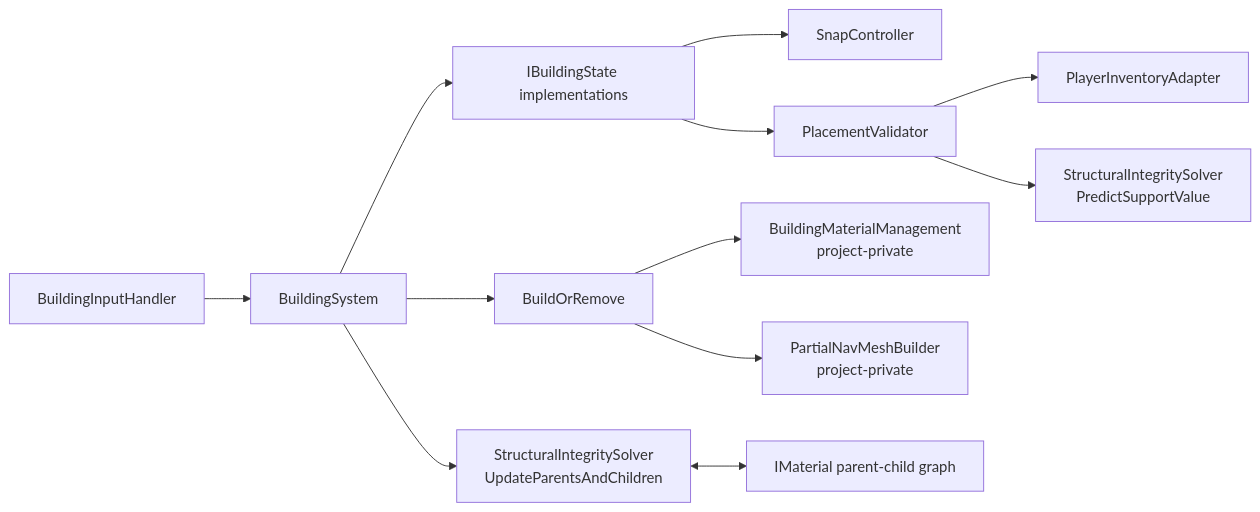
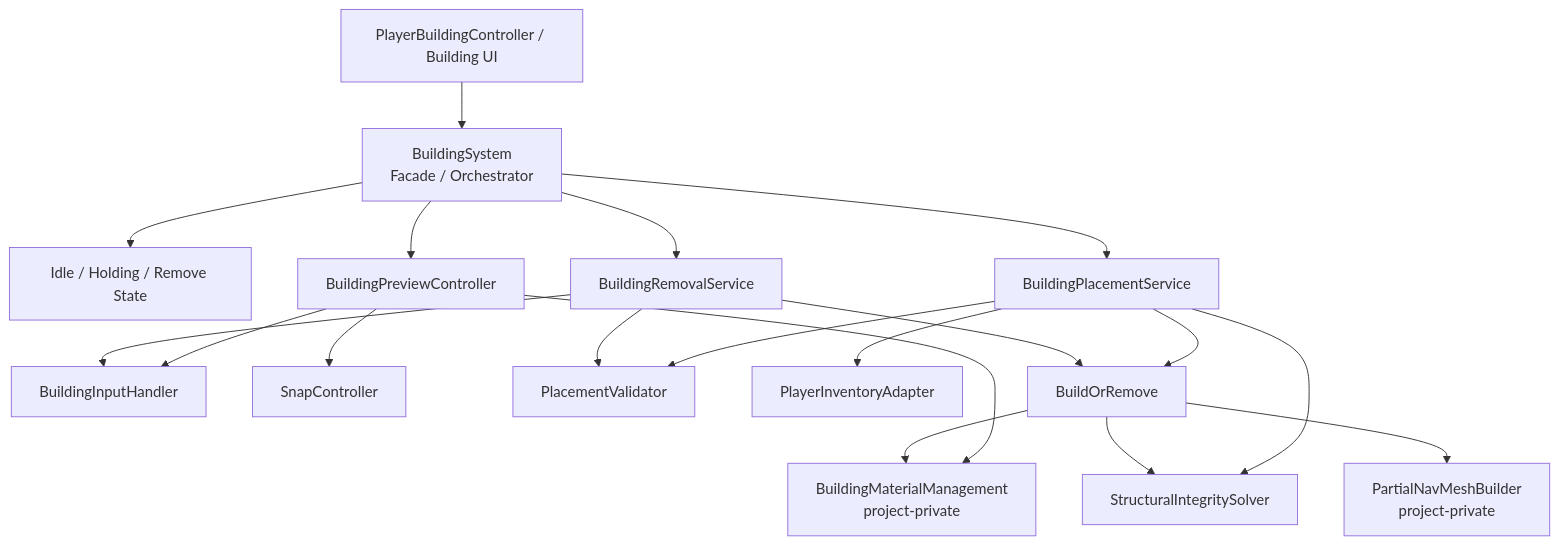
The first of 5 diagrams in docs/ARCHITECTURE.md (myWworld/Unity-Gameplay-Code-Samples), drawn with Mermaid before and after one commit. The commit also changed other lines of this file and 12 other files, not shown here.

````diff
--- a/docs/ARCHITECTURE.md
+++ b/docs/ARCHITECTURE.md
@@ -7,14 +11,26 @@
 ```mermaid
-flowchart LR
-    Input[BuildingInputHandler] --> Orchestrator[BuildingSystem]
-    Orchestrator --> State[IBuildingState implementations]
-    State --> Snap[SnapController]
-    State --> Validate[PlacementValidator]
-    Validate --> Inventory[PlayerInventoryAdapter]
-    Validate --> Predict[StructuralIntegritySolver<br/>PredictSupportValue]
-    Orchestrator --> Commit[BuildOrRemove]
-    Commit --> PrivateManager[BuildingMaterialManagement<br/>project-private]
-    Orchestrator --> GraphUpdate[StructuralIntegritySolver<br/>UpdateParentsAndChildren]
-    GraphUpdate <--> MaterialGraph[IMaterial parent-child graph]
-    Commit --> NavMesh[PartialNavMeshBuilder<br/>project-private]
+flowchart TD
+    External["PlayerBuildingController / Building UI"] --> System["BuildingSystem<br/>Facade / Orchestrator"]
+    System --> States["Idle / Holding / Remove State"]
+
+    System --> Preview["BuildingPreviewController"]
+    System --> Placement["BuildingPlacementService"]
+    System --> Removal["BuildingRemovalService"]
+
+    Preview --> Input["BuildingInputHandler"]
+    Preview --> Snap["SnapController"]
+    Preview --> MaterialManager["BuildingMaterialManagement<br/>project-private"]
+
+    Placement --> Validator["PlacementValidator"]
+    Placement --> Solver["StructuralIntegritySolver"]
+    Placement --> Inventory["PlayerInventoryAdapter"]
+    Placement --> World["BuildOrRemove"]
+
+    Removal --> Input
+    Removal --> Validator
+    Removal --> World
+
+    World --> Solver
+    World --> MaterialManager
+    World --> NavMesh["PartialNavMeshBuilder<br/>project-private"]
 ```
````
